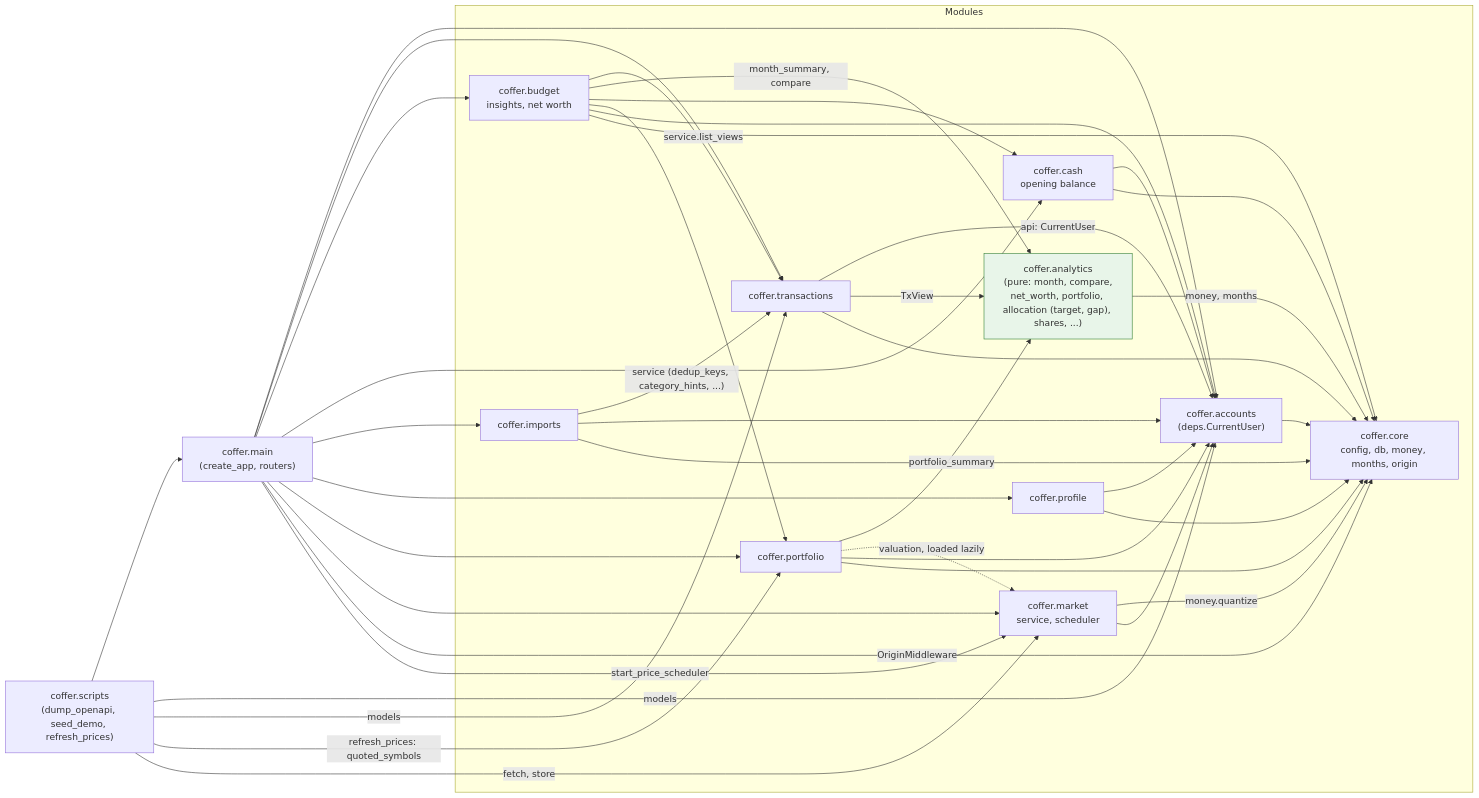
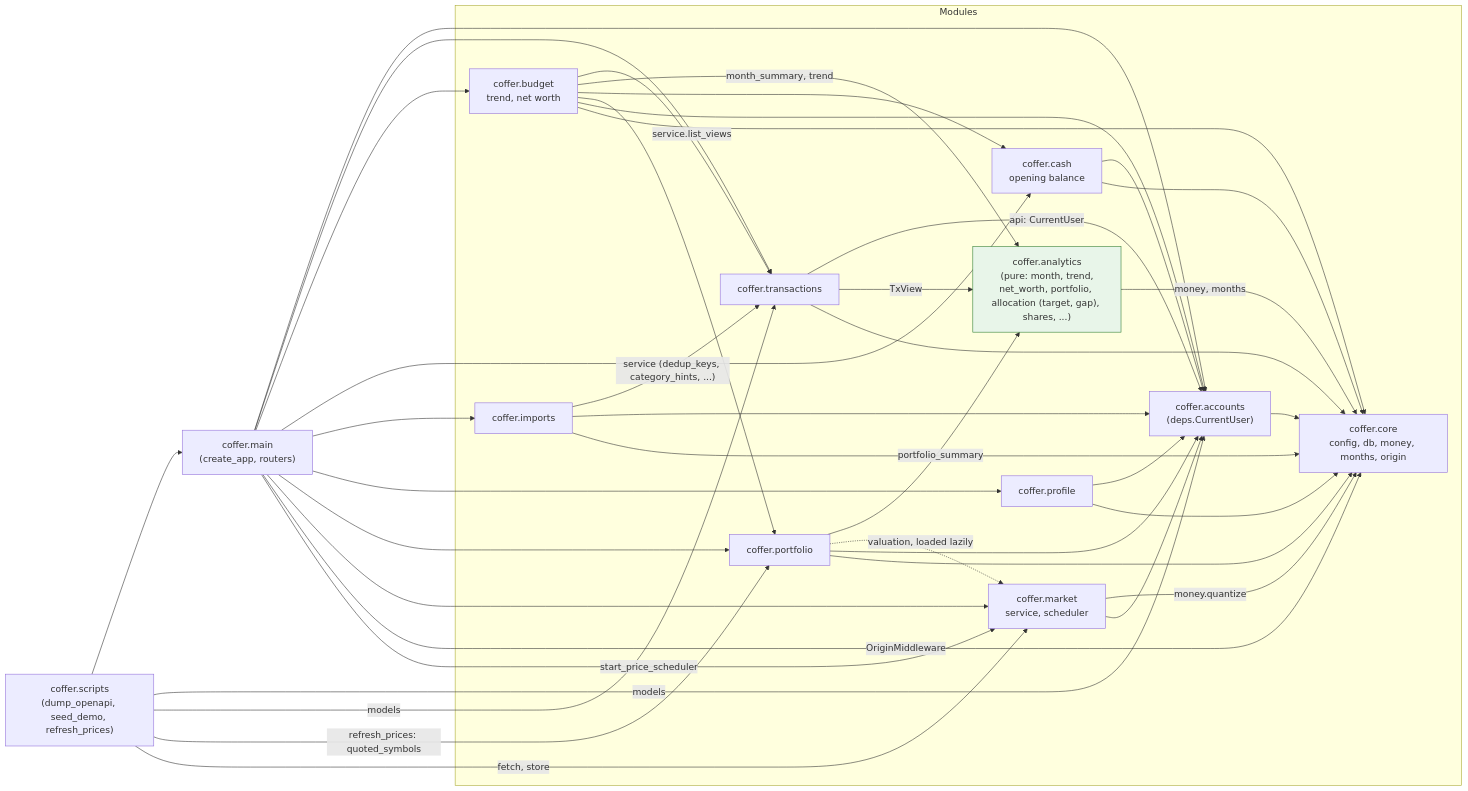
The third of 5 diagrams in docs/architecture.md (krzysztof-wojtowicz/coffer-demo), drawn with Mermaid before and after one commit. The commit also changed other lines of this file and 41 other files, not shown here.

````diff
--- a/docs/architecture.md
+++ b/docs/architecture.md
@@ -90,55 +90,55 @@
 ```mermaid
 flowchart LR
     main["coffer.main<br/>(create_app, routers)"]
     scripts["coffer.scripts<br/>(dump_openapi, seed_demo, refresh_prices)"]
 
     subgraph core_layer["Modules"]
         accounts["coffer.accounts<br/>(deps.CurrentUser)"]
         transactions["coffer.transactions"]
-        budget["coffer.budget<br/>insights, net worth"]
+        budget["coffer.budget<br/>trend, net worth"]
         cash["coffer.cash<br/>opening balance"]
         imports["coffer.imports"]
         profile["coffer.profile"]
         portfolio["coffer.portfolio"]
         market["coffer.market<br/>service, scheduler"]
-        analytics["coffer.analytics<br/>(pure: month, compare,<br/>net_worth, portfolio, allocation (target, gap), shares, ...)"]
+        analytics["coffer.analytics<br/>(pure: month, trend,<br/>net_worth, portfolio, allocation (target, gap), shares, ...)"]
         core["coffer.core<br/>config, db, money, months, origin"]
     end
 
     main --> accounts & transactions & budget & cash & imports & profile & portfolio & market
     main -->|"OriginMiddleware"| core
     main -->|"start_price_scheduler"| market
     scripts --> main
     scripts -->|"models"| accounts
     scripts -->|"models"| transactions
     scripts -->|"refresh_prices: quoted_symbols"| portfolio
     scripts -->|"fetch, store"| market
 
     accounts --> core
     transactions -->|"api: CurrentUser"| accounts
     transactions -->|"TxView"| analytics
     transactions --> core
     budget -->|"service.list_views"| transactions
-    budget -->|"month_summary, compare"| analytics
+    budget -->|"month_summary, trend"| analytics
     budget --> cash
     budget --> portfolio
     budget --> accounts
     budget --> core
     cash --> accounts
     cash --> core
     imports -->|"service (dedup_keys, category_hints, ...)"| transactions
     imports --> accounts
     imports --> core
     profile --> accounts
     profile --> core
     portfolio -->|"portfolio_summary"| analytics
     portfolio -.->|"valuation, loaded lazily"| market
     portfolio --> accounts
     portfolio --> core
     market -->|"money.quantize"| core
     market --> accounts
     analytics -->|"money, months"| core
 
     classDef pure fill:#e8f5e9,stroke:#2e7d32
     class analytics pure
 ```
````
